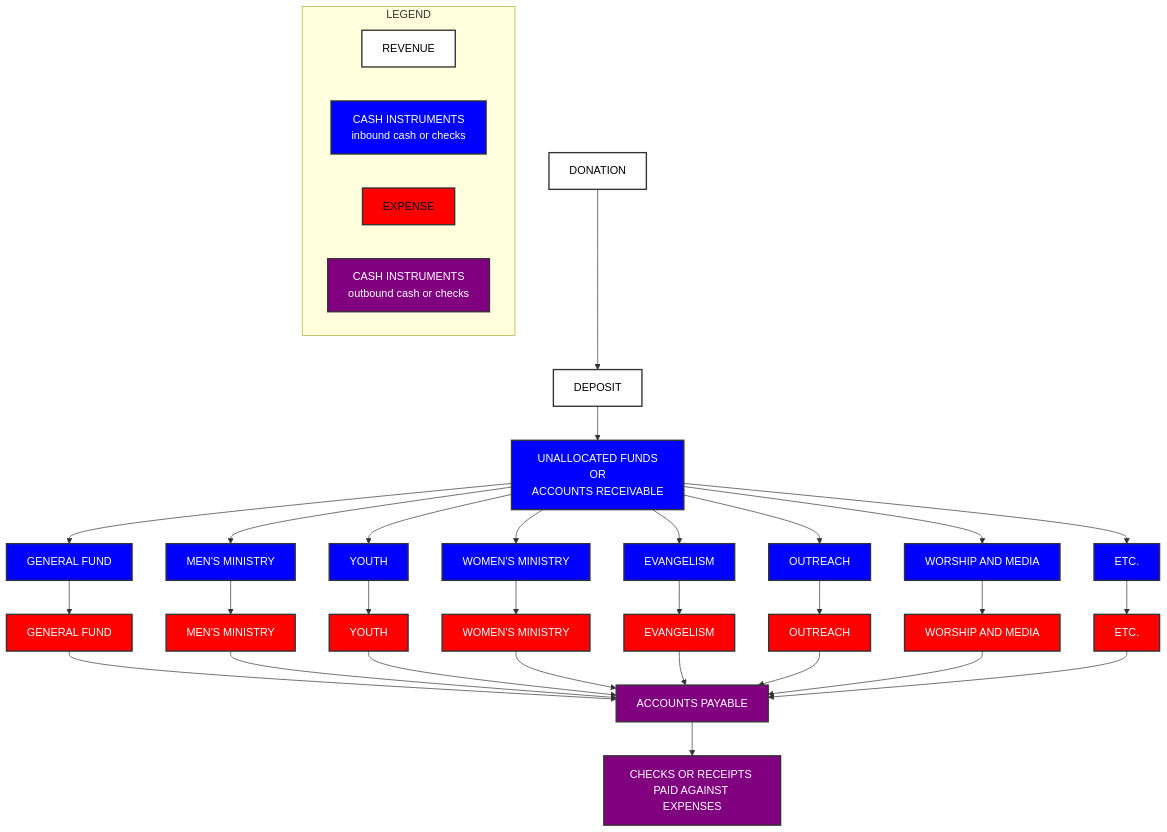
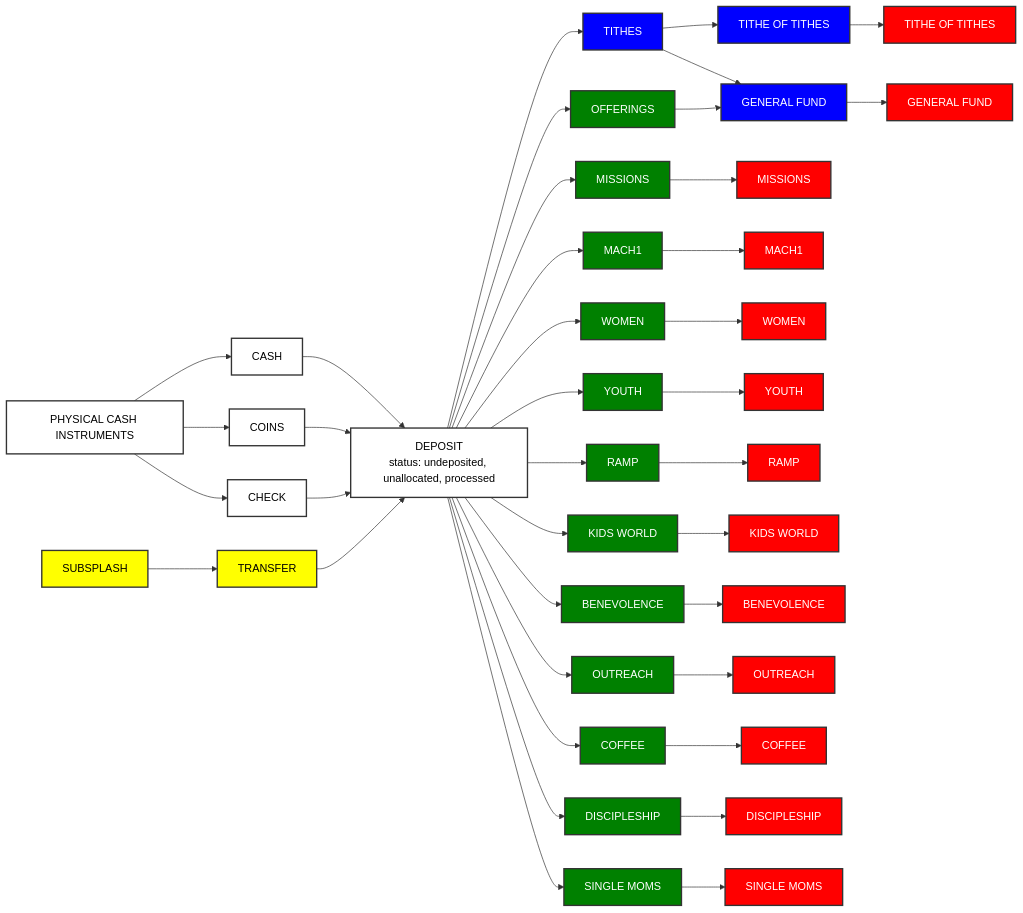
Before and after one commit to Parkway-Development/parkway-legacy: the second of 4 diagrams in documents-and-diagrams/contributions.md, drawn with Mermaid. The commit also changed other lines of this file and 17 other files, not shown here.

````diff
--- a/documents-and-diagrams/contributions.md
+++ b/documents-and-diagrams/contributions.md
@@ -143,56 +160,61 @@
 ```mermaid
-graph TD
-    subgraph LEGEND
-        AA[REVENUE]
-        CC[CASH INSTRUMENTS<BR/>inbound cash or checks]
-        BB[EXPENSE]
-        DD[CASH INSTRUMENTS<BR/>outbound cash or checks]
-
-            style AA fill:white,stroke:#333,stroke-width:2px,color:black
-            style BB fill:red,stroke:#333,stroke-width:2px,color:black
-            style CC fill:blue,stroke:#333,stroke-width:2px,color:white
-            style DD fill:purple,stroke:#333,stroke-width:2px,color:white
-    end
-
-    A[DONATION]-->B[DEPOSIT]-->C[UNALLOCATED FUNDS<BR/>OR<BR/> ACCOUNTS RECEIVABLE]
-    C-->D[GENERAL FUND]
-    C-->E[MEN'S MINISTRY]
-    C-->F[YOUTH]
-    C-->G[WOMEN'S MINISTRY]
-    C-->H[EVANGELISM]
-    C-->I[OUTREACH]
-    C-->J[WORSHIP AND MEDIA]
-    C-->K[ETC.]
-    D-->L[GENERAL FUND]-->T[ACCOUNTS PAYABLE]
-    E-->M[MEN'S MINISTRY]-->T
-    F-->N[YOUTH]-->T
-    G-->O[WOMEN'S MINISTRY]-->T
-    H-->P[EVANGELISM]-->T
-    I-->Q[OUTREACH]-->T
-    J-->R[WORSHIP AND MEDIA]-->T
-    K-->S[ETC.]-->T
-    T-->U[CHECKS OR RECEIPTS PAID AGAINST EXPENSES]
-    
+graph LR
+    A[PHYSICAL CASH INSTRUMENTS]-->B[CASH]
+    A-->C[COINS]
+    A-->D[CHECK]
+    B-->E[DEPOSIT<br/>status: undeposited, unallocated, processed]
+    C-->E
+    D-->E 
+    AAA[SUBSPLASH]-->BBB[TRANSFER]-->E
+    E-->F[TITHES]-->G[TITHE OF TITHES]-->GG[TITHE OF TITHES]
+    F-->H[GENERAL FUND]-->HH[GENERAL FUND]
+    E-->I[OFFERINGS]-->H
+    E-->J[MISSIONS]-->JJ[MISSIONS]
+    E-->K[MACH1]-->KK[MACH1]
+    E-->L[WOMEN]-->LL[WOMEN]
+    E-->M[YOUTH]-->MM[YOUTH]
+    E-->N[RAMP]-->NN[RAMP]
+    E-->O[KIDS WORLD]-->OO[KIDS WORLD]
+    E-->P[BENEVOLENCE]-->PP[BENEVOLENCE]
+    E-->Q[OUTREACH]-->QQ[OUTREACH]
+    E-->R[COFFEE]-->RR[COFFEE]
+    E-->S[DISCIPLESHIP]-->SS[DISCIPLESHIP]
+    E-->T[SINGLE MOMS]-->TT[SINGLE MOMS]
 
     style A fill:white,stroke:#333,stroke-width:2px,color:black
     style B fill:white,stroke:#333,stroke-width:2px,color:black
-    style C fill:blue,stroke:#333,stroke-width:2px,color:white
-    style D fill:blue,stroke:#333,stroke-width:2px,color:white
-    style E fill:blue,stroke:#333,stroke-width:2px,color:white
+    style C fill:white,stroke:#333,stroke-width:2px,color:black
+    style D fill:white,stroke:#333,stroke-width:2px,color:black
+    style E fill:white,stroke:#333,stroke-width:2px,color:black
     style F fill:blue,stroke:#333,stroke-width:2px,color:white
     style G fill:blue,stroke:#333,stroke-width:2px,color:white
     style H fill:blue,stroke:#333,stroke-width:2px,color:white
-    style I fill:blue,stroke:#333,stroke-width:2px,color:white
-    style J fill:blue,stroke:#333,stroke-width:2px,color:white
-    style K fill:blue,stroke:#333,stroke-width:2px,color:white
-    style L fill:red,stroke:#333,stroke-width:2px,color:white
-    style M fill:red,stroke:#333,stroke-width:2px,color:white
-    style N fill:red,stroke:#333,stroke-width:2px,color:white
-    style O fill:red,stroke:#333,stroke-width:2px,color:white
-    style P fill:red,stroke:#333,stroke-width:2px,color:white
-    style Q fill:red,stroke:#333,stroke-width:2px,color:white
-    style R fill:red,stroke:#333,stroke-width:2px,color:white
-    style S fill:red,stroke:#333,stroke-width:2px,color:white
-    style T fill:purple,stroke:#333,stroke-width:2px,color:white
-    style U fill:purple,stroke:#333,stroke-width:2px,color:white
+    style I fill:green,stroke:#333,stroke-width:2px,color:white
+    style J fill:green,stroke:#333,stroke-width:2px,color:white
+    style K fill:green,stroke:#333,stroke-width:2px,color:white
+    style L fill:green,stroke:#333,stroke-width:2px,color:white
+    style M fill:green,stroke:#333,stroke-width:2px,color:white
+    style N fill:green,stroke:#333,stroke-width:2px,color:white
+    style O fill:green,stroke:#333,stroke-width:2px,color:white
+    style P fill:green,stroke:#333,stroke-width:2px,color:white
+    style Q fill:green,stroke:#333,stroke-width:2px,color:white
+    style R fill:green,stroke:#333,stroke-width:2px,color:white
+    style S fill:green,stroke:#333,stroke-width:2px,color:white
+    style T fill:green,stroke:#333,stroke-width:2px,color:white
+    style GG fill:red,stroke:#333,stroke-width:2px,color:white
+    style HH fill:red,stroke:#333,stroke-width:2px,color:white
+    style JJ fill:red,stroke:#333,stroke-width:2px,color:white
+    style KK fill:red,stroke:#333,stroke-width:2px,color:white
+    style LL fill:red,stroke:#333,stroke-width:2px,color:white
+    style MM fill:red,stroke:#333,stroke-width:2px,color:white
+    style NN fill:red,stroke:#333,stroke-width:2px,color:white
+    style OO fill:red,stroke:#333,stroke-width:2px,color:white
+    style PP fill:red,stroke:#333,stroke-width:2px,color:white
+    style QQ fill:red,stroke:#333,stroke-width:2px,color:white
+    style RR fill:red,stroke:#333,stroke-width:2px,color:white
+    style SS fill:red,stroke:#333,stroke-width:2px,color:white
+    style TT fill:red,stroke:#333,stroke-width:2px,color:white
+    style AAA fill:yellow,stroke:#333,stroke-width:2px,color:black
+    style BBB fill:yellow,stroke:#333,stroke-width:2px,color:black
+
 ```
````
